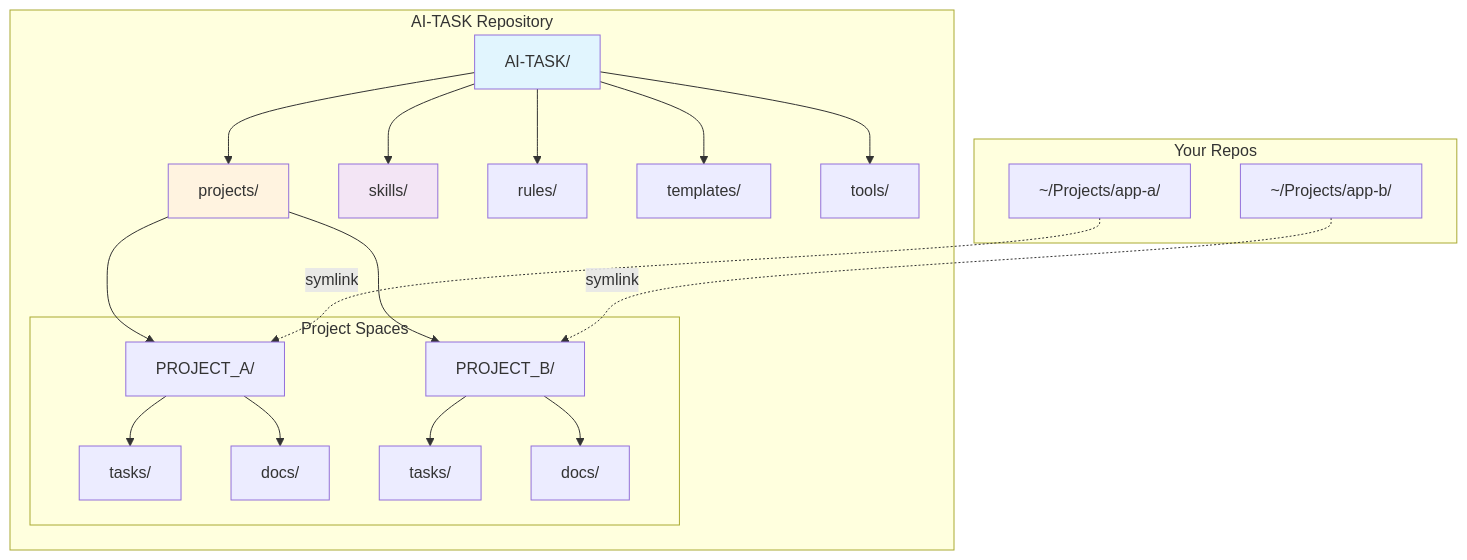
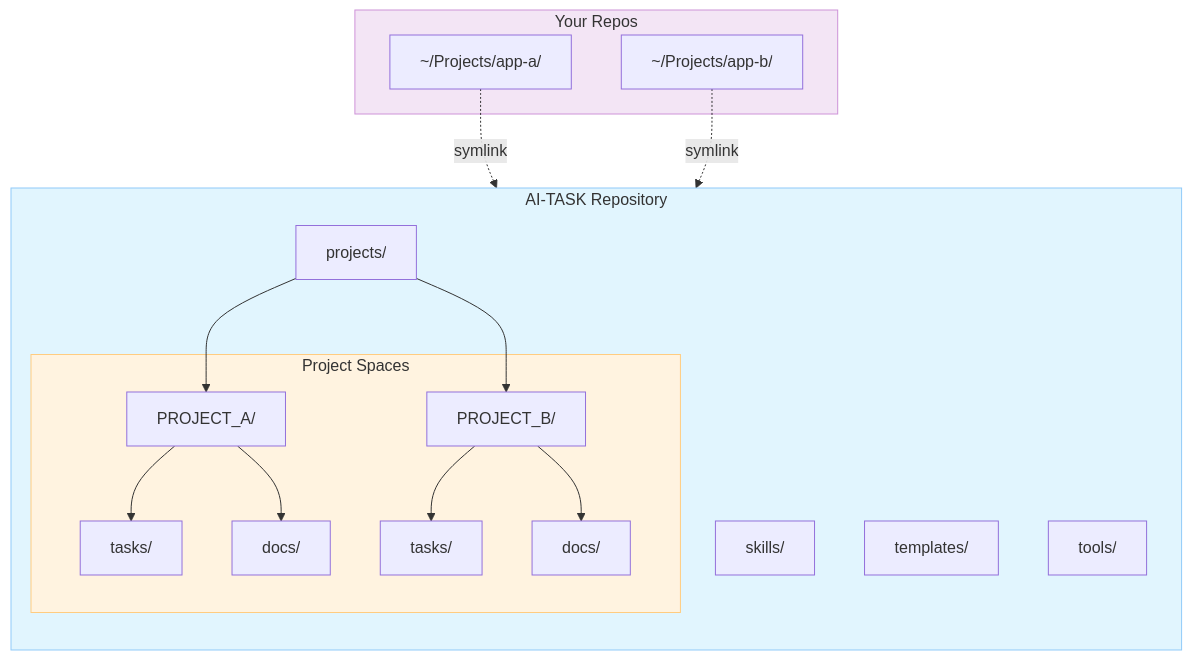
Before and after one commit to ArnoFrost/AI-TASK: the second of 2 diagrams in README_EN.md, drawn with Mermaid. The commit also changed other lines of this file and 12 other files, not shown here.

````diff
--- a/README_EN.md
+++ b/README_EN.md
@@ -168,41 +164,32 @@
 ```mermaid
 graph TB
-    subgraph "AI-TASK Repository"
-        AITASK[AI-TASK/]
-        PROJECTS[projects/]
-        SKILLS[skills/]
-        RULES[rules/]
-        TEMPLATES[templates/]
-        TOOLS[tools/]
+    subgraph REPO["AI-TASK Repository"]
+        direction TB
+        PROJECTS["projects/"]
+        SKILLS["skills/"]
+        TEMPLATES["templates/"]
+        TOOLS["tools/"]
 
-        AITASK --> PROJECTS
-        AITASK --> SKILLS
-        AITASK --> RULES
-        AITASK --> TEMPLATES
-        AITASK --> TOOLS
-
-        subgraph "Project Spaces"
-            P1[PROJECT_A/]
-            P2[PROJECT_B/]
-            P1 --> P1T[tasks/]
-            P1 --> P1D[docs/]
-            P2 --> P2T[tasks/]
-            P2 --> P2D[docs/]
+        subgraph SPACES["Project Spaces"]
+            P1["PROJECT_A/"] --> P1T["tasks/"]
+            P1 --> P1D["docs/"]
+            P2["PROJECT_B/"] --> P2T["tasks/"]
+            P2 --> P2D["docs/"]
         end
 
         PROJECTS --> P1
         PROJECTS --> P2
     end
 
-    subgraph "Your Repos"
-        EXT1[~/Projects/app-a/]
-        EXT2[~/Projects/app-b/]
-
-        EXT1 -.->|symlink| P1
-        EXT2 -.->|symlink| P2
+    subgraph REAL["Your Repos"]
+        EXT1["~/Projects/app-a/"]
+        EXT2["~/Projects/app-b/"]
     end
 
-    style AITASK fill:#e1f5fe
-    style PROJECTS fill:#fff3e0
-    style SKILLS fill:#f3e5f5
+    EXT1 -.->|"symlink"| P1
+    EXT2 -.->|"symlink"| P2
+
+    style REPO fill:#e1f5fe,stroke:#90caf9
+    style SPACES fill:#fff3e0,stroke:#ffcc80
+    style REAL fill:#f3e5f5,stroke:#ce93d8
 ```
````
